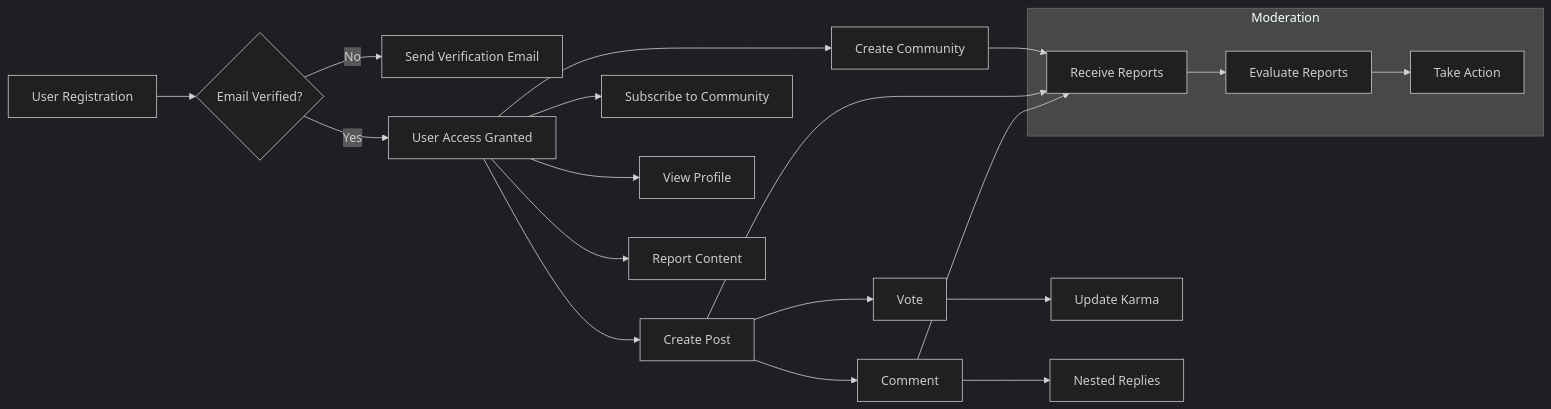
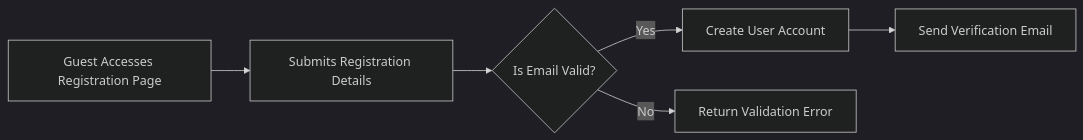
The first of 4 diagrams in openai/gpt-4.1-mini/reddit/docs/analysis/00-toc.md (wrtnlabs/autobe-examples), drawn with Mermaid (dark theme) before and after one commit. The commit also changed other lines of this file and 16146 other files, not shown here.

````diff
--- a/openai/gpt-4.1-mini/reddit/docs/analysis/00-toc.md
+++ b/openai/gpt-4.1-mini/reddit/docs/analysis/00-toc.md
@@ -195,23 +113,8 @@
 ```mermaid
 graph LR
-  A["User Registration"] --> B{"Email Verified?"}
-  B -- "No" --> C["Send Verification Email"]
-  B -- "Yes" --> D["User Access Granted"]
-  D --> E["Create Community"]
-  D --> F["Create Post"]
-  F --> G["Vote"]
-  F --> H["Comment"]
-  G --> I["Update Karma"]
-  H --> J["Nested Replies"]
-  D --> K["Subscribe to Community"]
-  D --> L["View Profile"]
-  D --> M["Report Content"]
-
-  subgraph "Moderation"
-    N["Receive Reports"] --> O["Evaluate Reports"] --> P["Take Action"]
-  end
-
-  E --> N
-  F --> N
-  H --> N
+  A["Guest Accesses Registration Page"] --> B["Submits Registration Details"]
+  B --> C{"Is Email Valid?"}
+  C -->|"Yes"| D["Create User Account"]
+  C -->|"No"| E["Return Validation Error"]
+  D --> F["Send Verification Email"]
 ```
````
